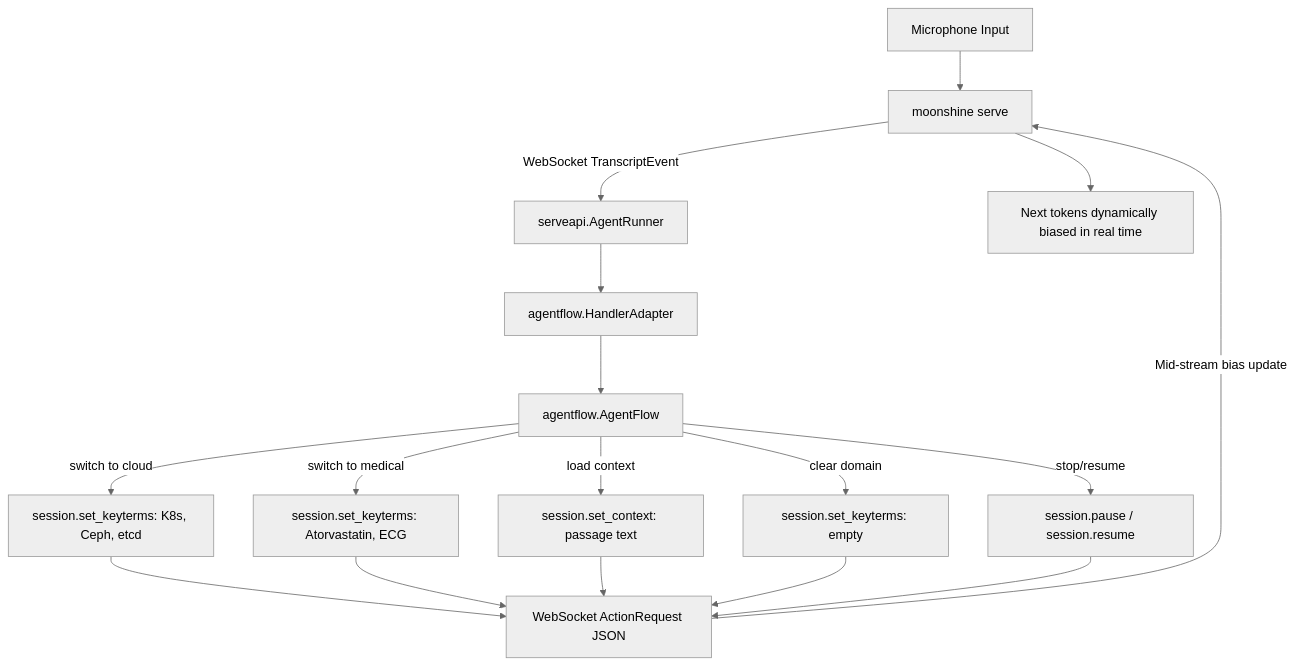
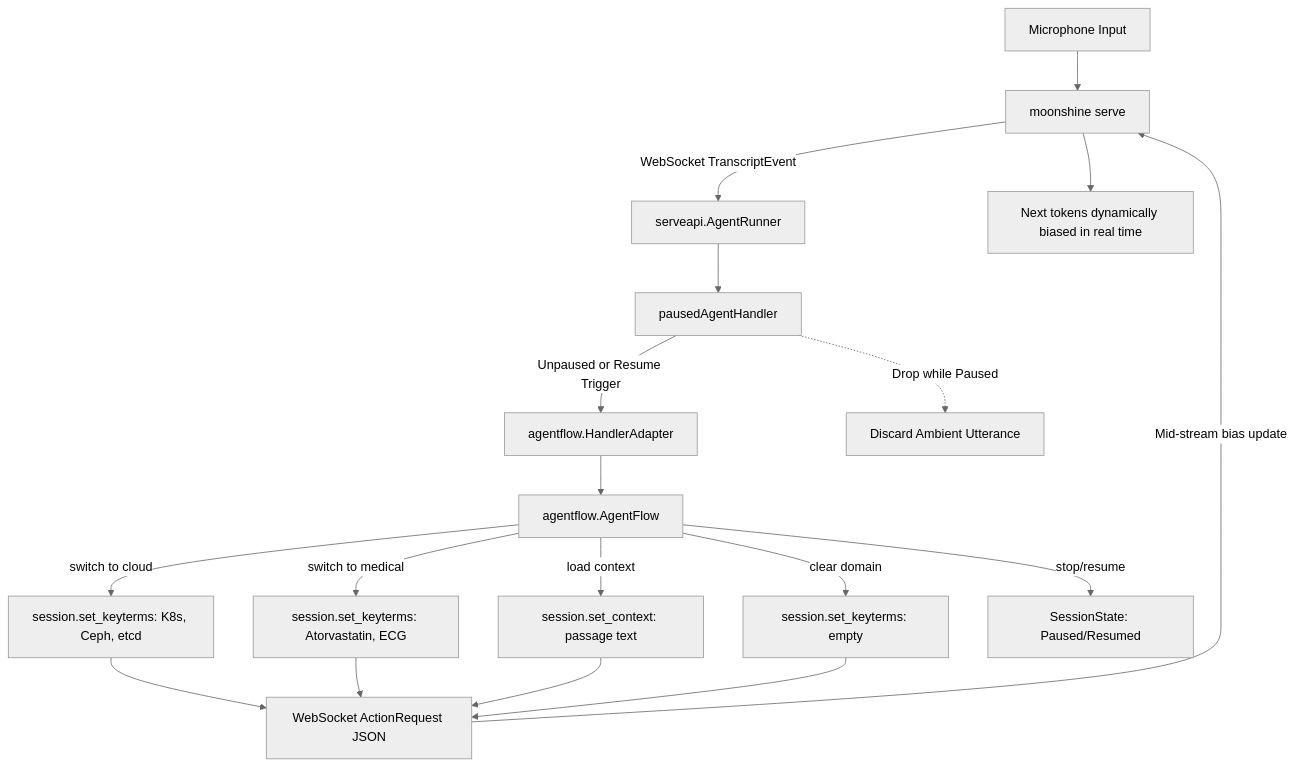
Before and after one commit to ghchinoy/moonshine-go: the diagram in samples/go-domain-customization/README.md, drawn with Mermaid (neutral theme). The commit also changed other lines of this file and 6 other files, not shown here.

````diff
--- a/samples/go-domain-customization/README.md
+++ b/samples/go-domain-customization/README.md
@@ -25,22 +25,23 @@
 ```mermaid
 flowchart TD
     Mic[Microphone Input] --> Serve[moonshine serve]
     Serve -->|WebSocket TranscriptEvent| Runner[serveapi.AgentRunner]
-    Runner --> Adapter[agentflow.HandlerAdapter]
+    Runner --> Gate[pausedAgentHandler]
+    Gate -->|Unpaused or Resume Trigger| Adapter[agentflow.HandlerAdapter]
+    Gate -.->|Drop while Paused| Discard[Discard Ambient Utterance]
     Adapter --> Flow[agentflow.AgentFlow]
 
     Flow -->|"switch to cloud"| K8s[session.set_keyterms: K8s, Ceph, etcd]
     Flow -->|"switch to medical"| Med[session.set_keyterms: Atorvastatin, ECG]
     Flow -->|"load context"| Ctx[session.set_context: passage text]
     Flow -->|"clear domain"| Clr[session.set_keyterms: empty]
-    Flow -->|"stop/resume"| Ctrl[session.pause / session.resume]
+    Flow -->|"stop/resume"| Ctrl[SessionState: Paused/Resumed]
 
     K8s --> Action[WebSocket ActionRequest JSON]
     Med --> Action
     Ctx --> Action
     Clr --> Action
-    Ctrl --> Action
 
     Action -->|Mid-stream bias update| Serve
     Serve --> Biased[Next tokens dynamically biased in real time]
 ```
````
